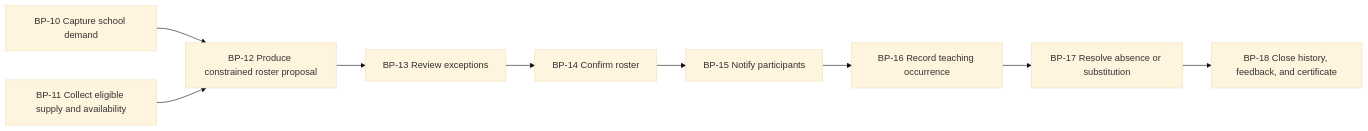
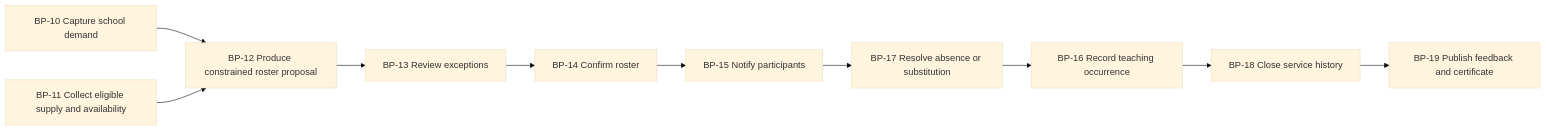
Before and after one commit to vektorprogrammet/mono-web: the fifth of 13 diagrams in docs/enterprise-models.md, drawn with Mermaid (base theme). The commit also changed other lines of this file and 4 other files, not shown here.

````diff
--- a/docs/enterprise-models.md
+++ b/docs/enterprise-models.md
@@ -173,16 +173,17 @@
 ```mermaid
 flowchart LR
   BP10["BP-10 Capture school demand"]
   BP11["BP-11 Collect eligible supply and availability"]
   BP12["BP-12 Produce constrained roster proposal"]
   BP13["BP-13 Review exceptions"]
   BP14["BP-14 Confirm roster"]
   BP15["BP-15 Notify participants"]
   BP16["BP-16 Record teaching occurrence"]
   BP17["BP-17 Resolve absence or substitution"]
-  BP18["BP-18 Close history, feedback, and certificate"]
+  BP18["BP-18 Close service history"]
+  BP19["BP-19 Publish feedback and certificate"]
 
   BP10 --> BP12
   BP11 --> BP12
-  BP12 --> BP13 --> BP14 --> BP15 --> BP16 --> BP17 --> BP18
+  BP12 --> BP13 --> BP14 --> BP15 --> BP17 --> BP16 --> BP18 --> BP19
 ```
````
